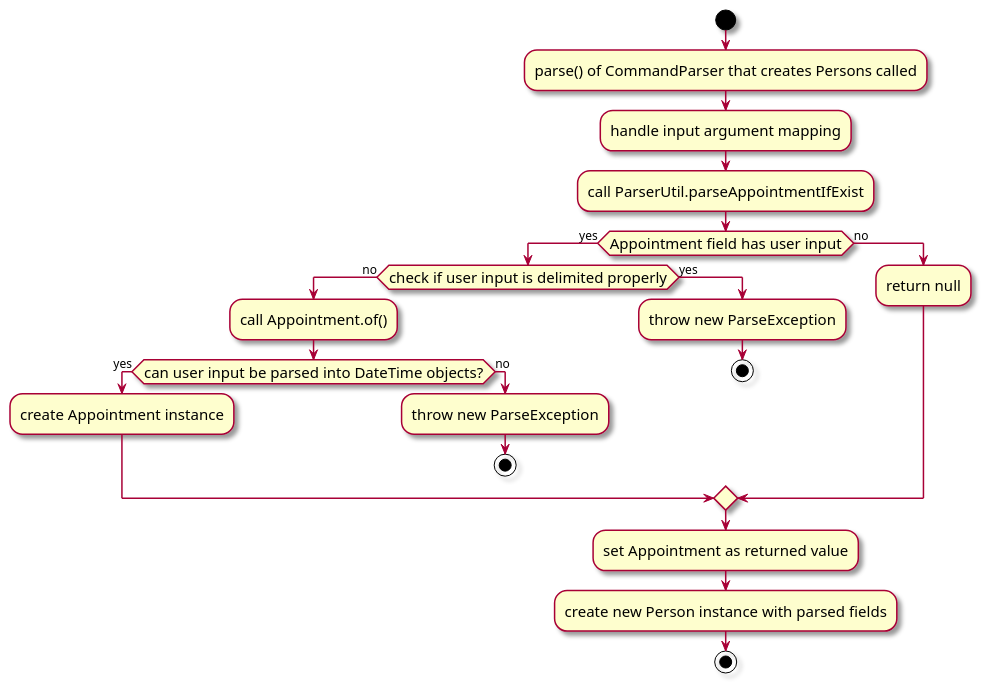
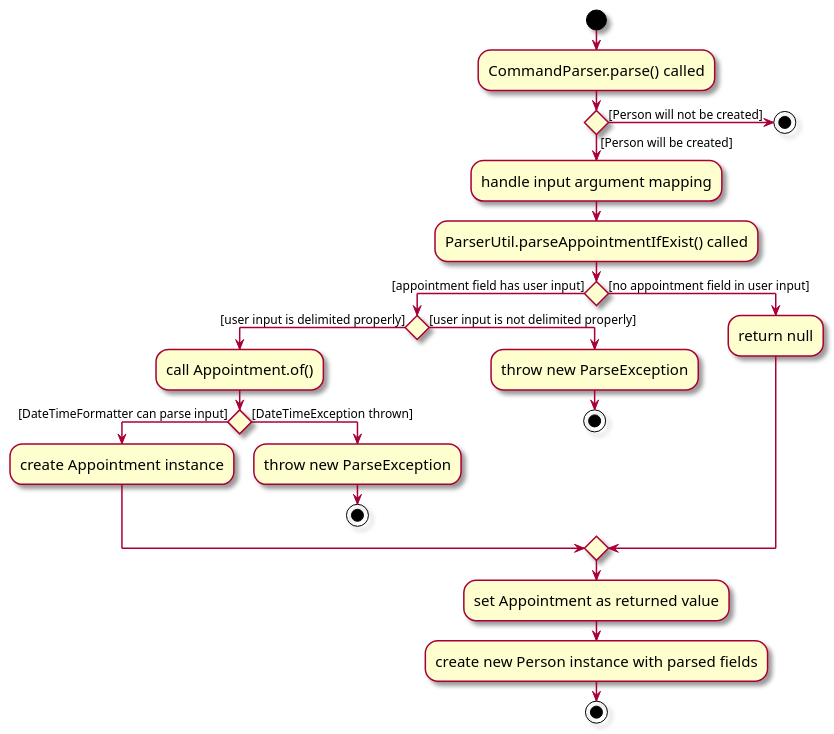
The diagram in diagrams/AppointmentActivity0.puml (AY2324S1-CS2103T-T14-3/tp), drawn with PlantUML before and after one commit. The commit also changed 41 other files, not shown here.

```diff
--- a/diagrams/AppointmentActivity0.puml
+++ b/diagrams/AppointmentActivity0.puml
@@ -1,30 +1,34 @@
 @startuml
 skin rose
 skinparam ActivityFontSize 15
 skinparam ArrowFontSize 12
 
 start
-:parse() of CommandParser that creates Persons called;
+:CommandParser.parse() called;
+if () then ([Person will be created])
 :handle input argument mapping;
-:call ParserUtil.parseAppointmentIfExist;
-if (Appointment field has user input) then (yes)
-    if (check if user input is delimited properly) then (no)
+:ParserUtil.parseAppointmentIfExist() called;
+if () then ([appointment field has user input])
+    if () then ([user input is delimited properly])
         :call Appointment.of();
-        if (can user input be parsed into DateTime objects?) then (yes)
+        if () then ([DateTimeFormatter can parse input])
             :create Appointment instance;
-        else (no)
+        else ([DateTimeException thrown])
             :throw new ParseException;
             stop
         endif
-    else (yes)
+    else ([user input is not delimited properly])
         :throw new ParseException;
         stop
     endif
-else (no)
+else ([no appointment field in user input])
     :return null;
 endif
 :set Appointment as returned value;
 :create new Person instance with parsed fields;
 stop
 
+else ([Person will not be created])
+stop
+
 @enduml
```
